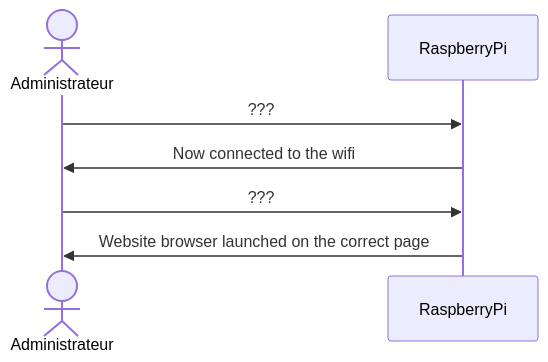
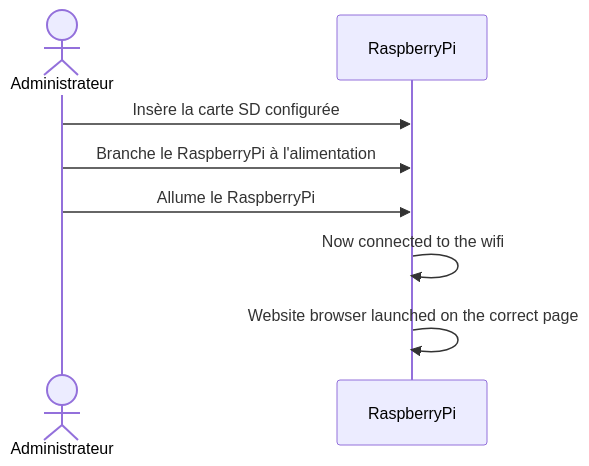
One commit to WallCaster/WallCaster changed diagram 17 of 17 in doc/analisis-report.md. Above: the diagram before and after it, drawn with Mermaid. The commit also changed other lines of this file, not shown here.

Commit message:
feat: add User Story

````diff
--- a/doc/analisis-report.md
+++ b/doc/analisis-report.md
@@ -301,10 +302,11 @@
 ```mermaid
 sequenceDiagram
   actor Admin as Administrateur
   participant Rasp as RaspberryPi 
 
-  Admin ->> Rasp : ???
-  Rasp ->> Admin : Now connected to the wifi
-  Admin ->> Rasp : ???
-  Rasp ->> Admin : Website browser launched on the correct page
+  Admin ->> Rasp : Insère la carte SD configurée
+  Admin ->> Rasp : Branche le RaspberryPi à l'alimentation
+  Admin ->> Rasp : Allume le RaspberryPi
+  Rasp ->> Rasp : Now connected to the wifi
+  Rasp ->> Rasp : Website browser launched on the correct page
 ```
````
